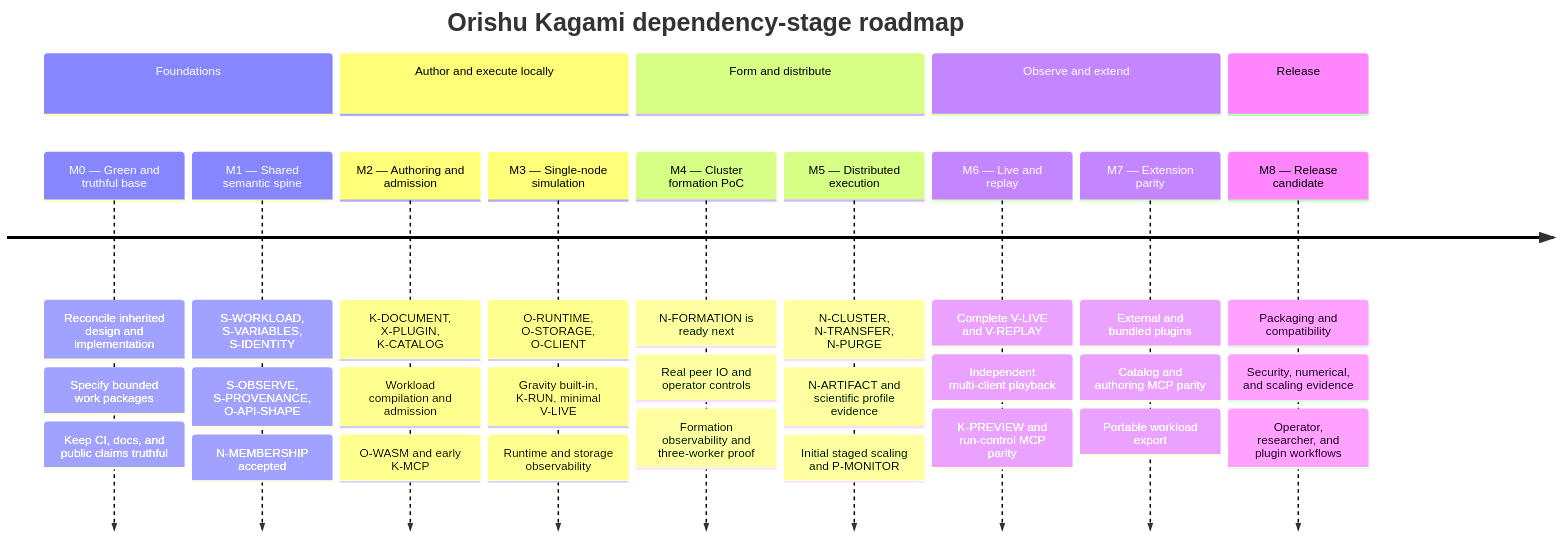
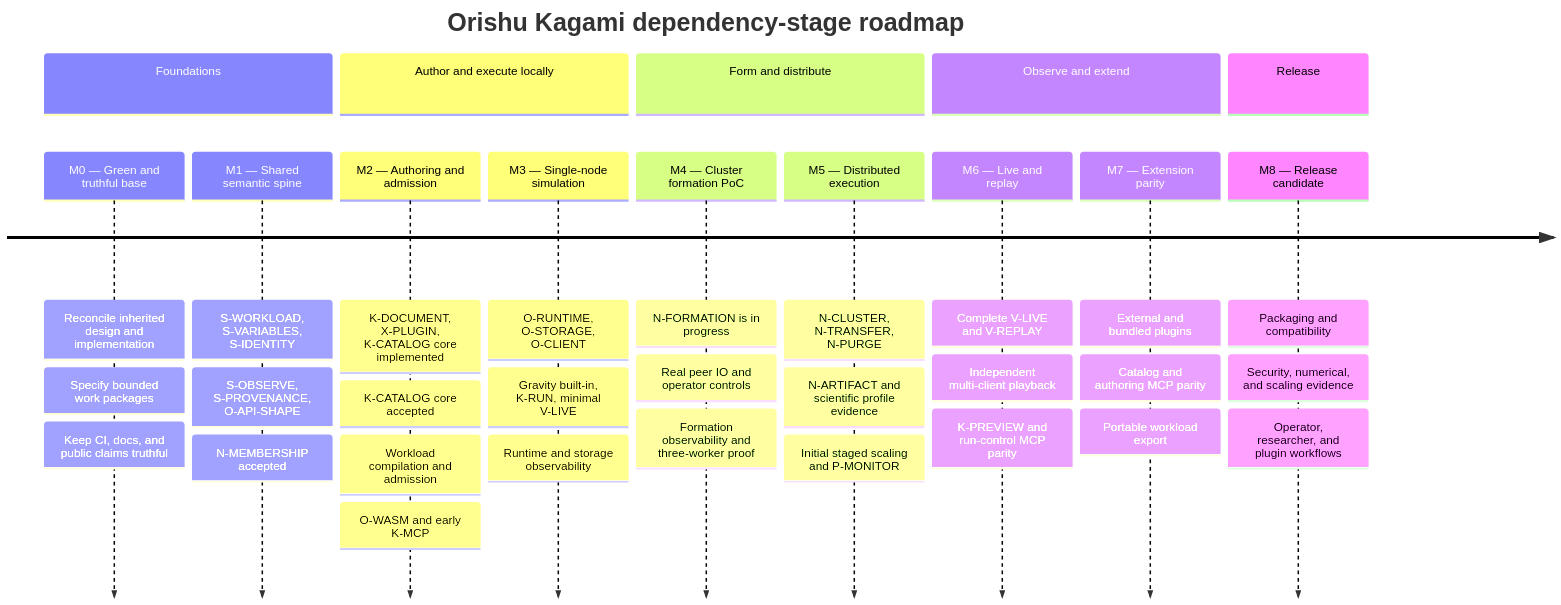
The diagram in docs/roadmap/status-report.md (abbyssoul/orishu-kagami), drawn with Mermaid before and after one commit. The commit also changed other lines of this file and 46 other files, not shown here.

````diff
--- a/docs/roadmap/status-report.md
+++ b/docs/roadmap/status-report.md
@@ -24,36 +24,37 @@
 ```mermaid
 timeline
     title Orishu Kagami dependency-stage roadmap
     section Foundations
       M0 — Green and truthful base : Reconcile inherited design and implementation
                                     : Specify bounded work packages
                                     : Keep CI, docs, and public claims truthful
       M1 — Shared semantic spine   : S-WORKLOAD, S-VARIABLES, S-IDENTITY
                                     : S-OBSERVE, S-PROVENANCE, O-API-SHAPE
                                     : N-MEMBERSHIP accepted
     section Author and execute locally
-      M2 — Authoring and admission : K-DOCUMENT, X-PLUGIN, K-CATALOG
+      M2 — Authoring and admission : K-DOCUMENT, X-PLUGIN, K-CATALOG core implemented
+                                    : K-CATALOG core accepted
                                     : Workload compilation and admission
                                     : O-WASM and early K-MCP
       M3 — Single-node simulation  : O-RUNTIME, O-STORAGE, O-CLIENT
                                     : Gravity built-in, K-RUN, minimal V-LIVE
                                     : Runtime and storage observability
     section Form and distribute
-      M4 — Cluster formation PoC   : N-FORMATION is ready next
+      M4 — Cluster formation PoC   : N-FORMATION is in progress
                                     : Real peer IO and operator controls
                                     : Formation observability and three-worker proof
       M5 — Distributed execution  : N-CLUSTER, N-TRANSFER, N-PURGE
                                     : N-ARTIFACT and scientific profile evidence
                                     : Initial staged scaling and P-MONITOR
     section Observe and extend
       M6 — Live and replay         : Complete V-LIVE and V-REPLAY
                                     : Independent multi-client playback
                                     : K-PREVIEW and run-control MCP parity
       M7 — Extension parity       : External and bundled plugins
                                     : Catalog and authoring MCP parity
                                     : Portable workload export
     section Release
       M8 — Release candidate      : Packaging and compatibility
                                     : Security, numerical, and scaling evidence
                                     : Operator, researcher, and plugin workflows
 ```
````
